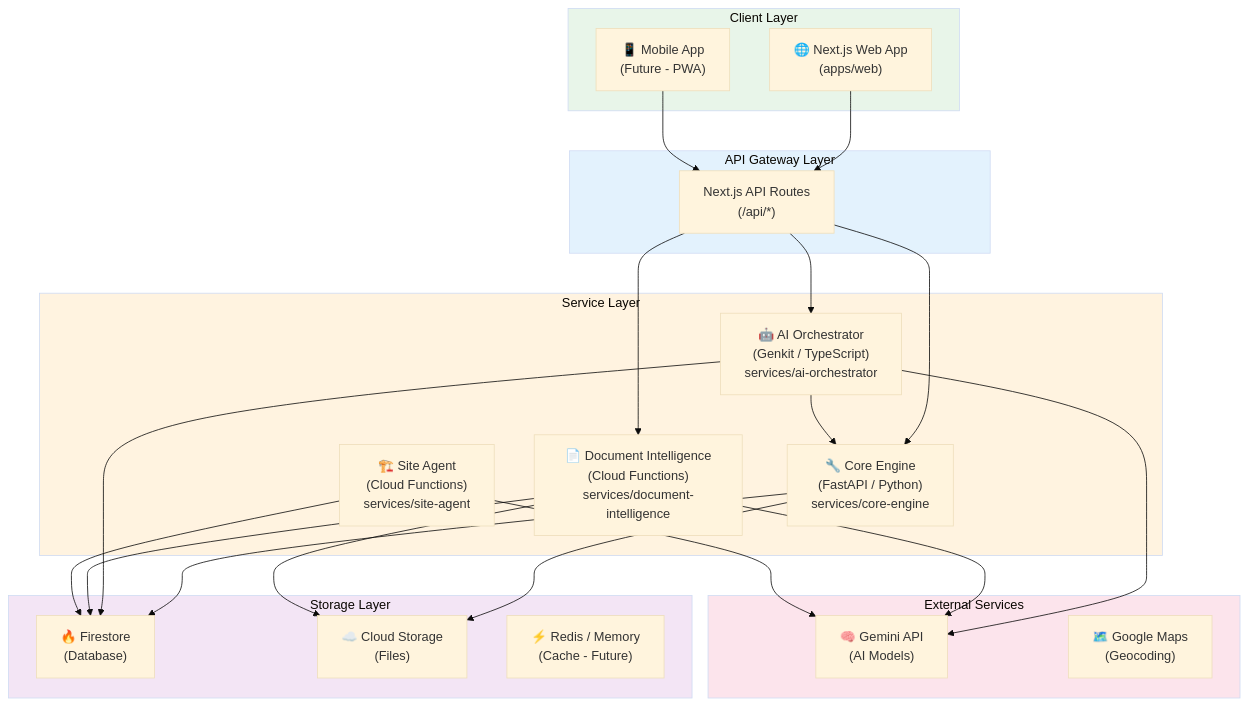
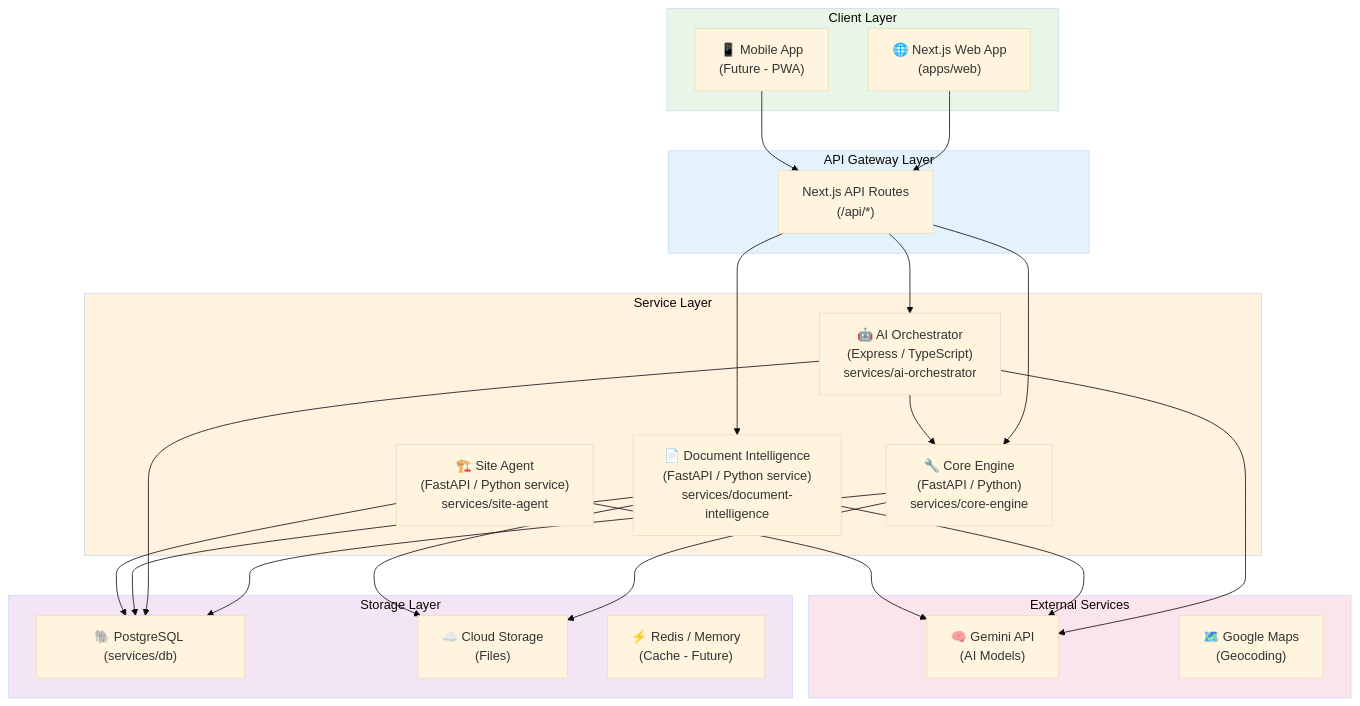
The first of 5 diagrams in docs/architecture/system-overview.md (Wisnu8aji/paax-ai), drawn with Mermaid (base theme) before and after one commit. The commit also changed other lines of this file, not shown here.

Commit message:
docs(di): update system-overview.md architecture references

````diff
--- a/docs/architecture/system-overview.md
+++ b/docs/architecture/system-overview.md
@@ -10,52 +10,52 @@
 ```mermaid
 graph TB
     subgraph Client["Client Layer"]
         Web["🌐 Next.js Web App\n(apps/web)"]
         Mobile["📱 Mobile App\n(Future - PWA)"]
     end
 
     subgraph API["API Gateway Layer"]
         NextAPI["Next.js API Routes\n(/api/*)"]
     end
 
     subgraph Services["Service Layer"]
         Core["🔧 Core Engine\n(FastAPI / Python)\nservices/core-engine"]
-        Orch["🤖 AI Orchestrator\n(Genkit / TypeScript)\nservices/ai-orchestrator"]
-        DocIntel["📄 Document Intelligence\n(Cloud Functions)\nservices/document-intelligence"]
-        Site["🏗️ Site Agent\n(Cloud Functions)\nservices/site-agent"]
+        Orch["🤖 AI Orchestrator\n(Express / TypeScript)\nservices/ai-orchestrator"]
+        DocIntel["📄 Document Intelligence\n(FastAPI / Python service)\nservices/document-intelligence"]
+        Site["🏗️ Site Agent\n(FastAPI / Python service)\nservices/site-agent"]
     end
 
     subgraph Storage["Storage Layer"]
-        Firestore["🔥 Firestore\n(Database)"]
+        PostgresDB["🐘 PostgreSQL (services/db)"]
         GCS["☁️ Cloud Storage\n(Files)"]
         Cache["⚡ Redis / Memory\n(Cache - Future)"]
     end
 
     subgraph External["External Services"]
         Gemini["🧠 Gemini API\n(AI Models)"]
         Maps["🗺️ Google Maps\n(Geocoding)"]
     end
 
     Web --> NextAPI
     Mobile --> NextAPI
     NextAPI --> Core
     NextAPI --> Orch
     NextAPI --> DocIntel
 
-    Core --> Firestore
+    Core --> PostgresDB
     Core --> GCS
     Orch --> Gemini
     Orch --> Core
-    Orch --> Firestore
+    Orch --> PostgresDB
     DocIntel --> GCS
     DocIntel --> Gemini
-    DocIntel --> Firestore
-    Site --> Firestore
+    DocIntel --> PostgresDB
+    Site --> PostgresDB
     Site --> Gemini
 
     style Client fill:#e8f5e9
     style API fill:#e3f2fd
     style Services fill:#fff3e0
     style Storage fill:#f3e5f5
     style External fill:#fce4ec
 ```
````
